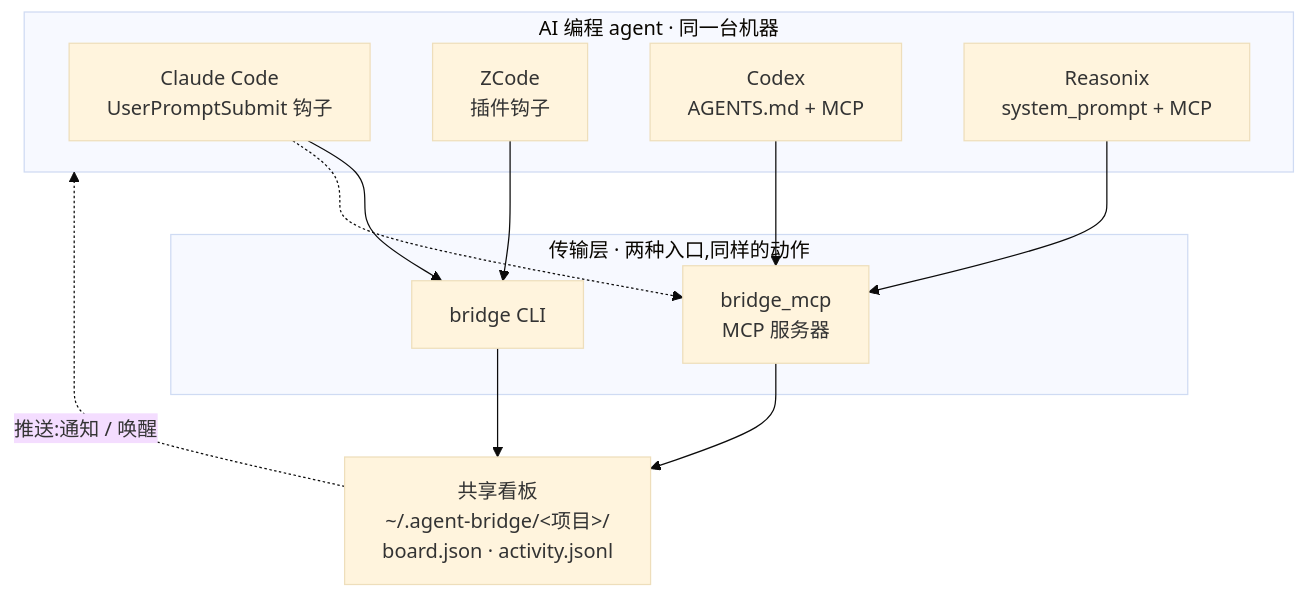
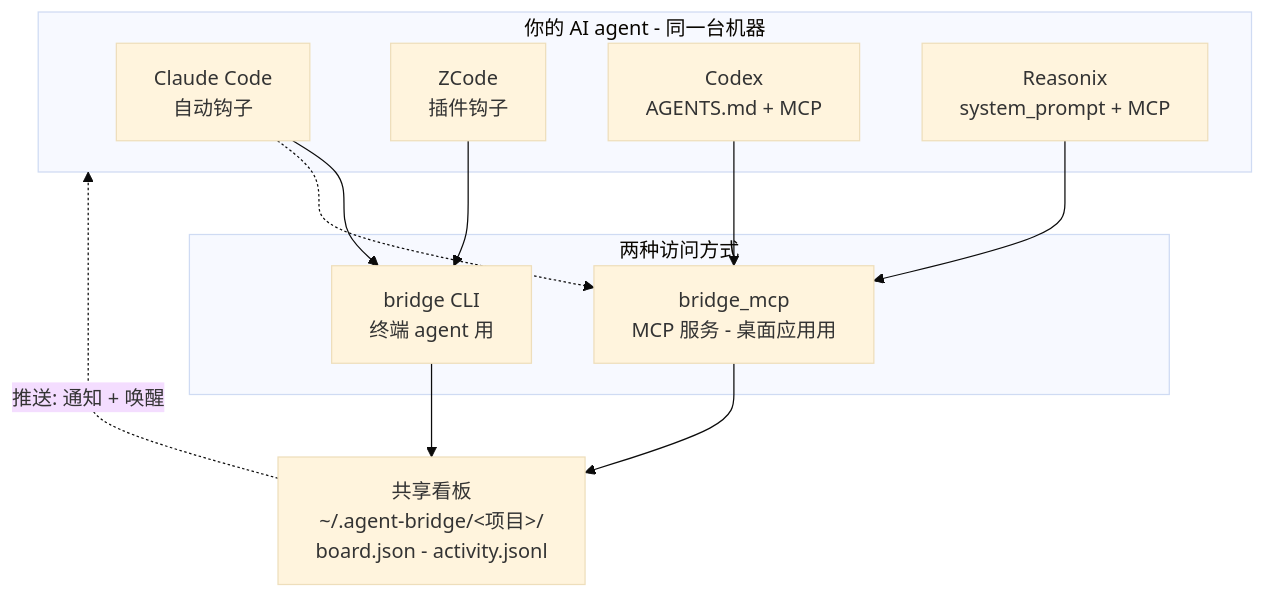
One commit to xyva-yuangui/agent-bridge changed the diagram in README.zh-CN.md. Above: the diagram before and after it, drawn with Mermaid (base theme). The commit also changed other lines of this file and 2 other files, not shown here.

````diff
--- a/README.zh-CN.md
+++ b/README.zh-CN.md
@@ -40,23 +50,23 @@
 ```mermaid
 flowchart TB
-    subgraph A["AI 编程 agent · 同一台机器"]
-        C["Claude Code<br/>UserPromptSubmit 钩子"]
+    subgraph A["你的 AI agent - 同一台机器"]
+        C["Claude Code<br/>自动钩子"]
         Z["ZCode<br/>插件钩子"]
         X["Codex<br/>AGENTS.md + MCP"]
         R["Reasonix<br/>system_prompt + MCP"]
     end
-    subgraph T["传输层 · 两种入口,同样的动作"]
-        CLI["bridge CLI"]
-        MCP["bridge_mcp<br/>MCP 服务器"]
+    subgraph T["两种访问方式"]
+        CLI["bridge CLI<br/>终端 agent 用"]
+        MCP["bridge_mcp<br/>MCP 服务 - 桌面应用用"]
     end
-    BOARD["共享看板<br/>~/.agent-bridge/&lt;项目&gt;/<br/>board.json · activity.jsonl"]
+    BOARD["共享看板<br/>~/.agent-bridge/<项目>/<br/>board.json - activity.jsonl"]
 
     C --> CLI
     Z --> CLI
     X --> MCP
     R --> MCP
     C -.-> MCP
     CLI --> BOARD
     MCP --> BOARD
-    BOARD -. "推送:通知 / 唤醒" .-> A
+    BOARD -. "推送: 通知 + 唤醒" .-> A
 ```
````
